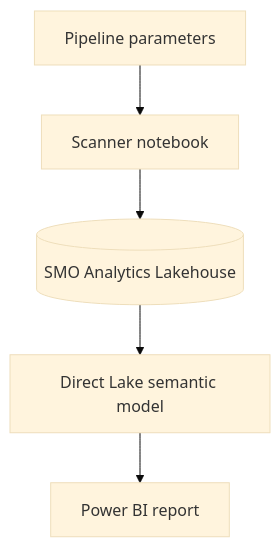
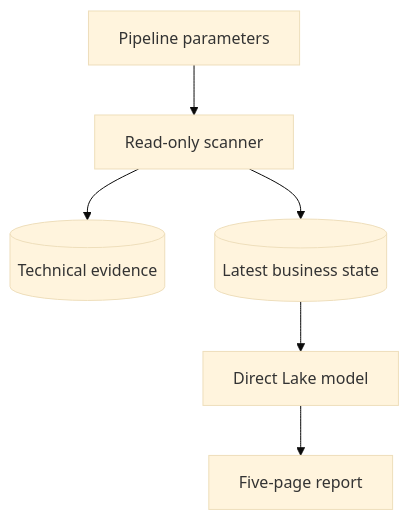
The first of 2 diagrams in docs/architecture.md (ZeonZheng/fabric-semantic-model-optimization), drawn with Mermaid (base theme) before and after one commit. The commit also changed other lines of this file and 39 other files, not shown here.

````diff
--- a/docs/architecture.md
+++ b/docs/architecture.md
@@ -17,7 +17,8 @@
 ```mermaid
 flowchart TD
-    A[Pipeline parameters] --> B[Scanner notebook]
-    B --> C[(SMO Analytics Lakehouse)]
-    C --> D[Direct Lake semantic model]
-    D --> E[Power BI report]
+    A[Pipeline parameters] --> B[Read-only scanner]
+    B --> C[(Technical evidence)]
+    B --> D[(Latest business state)]
+    D --> E[Direct Lake model]
+    E --> F[Five-page report]
 ```
````
